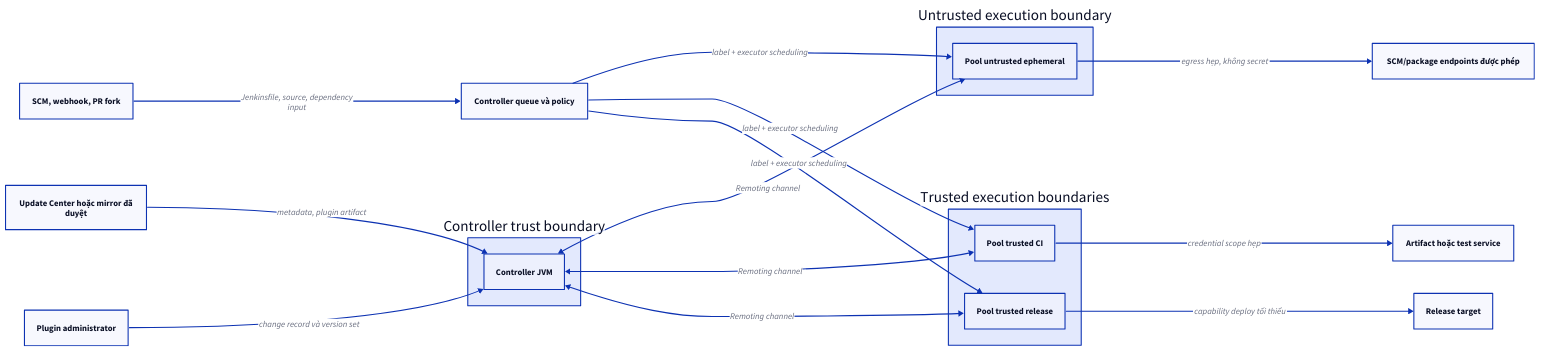
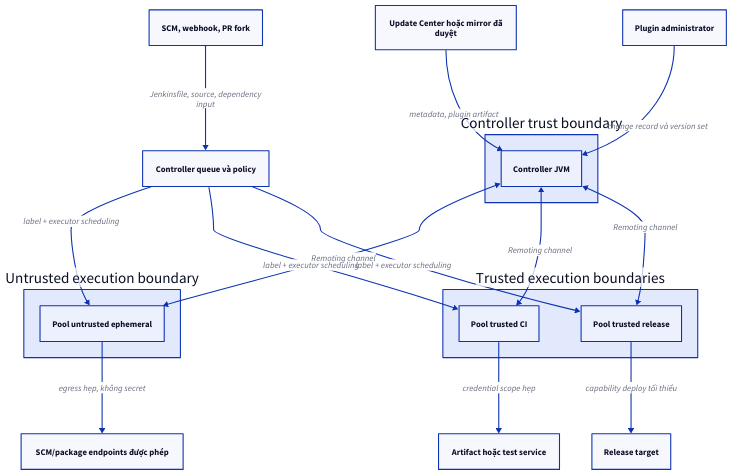
The diagram in content/docs/security/agent-plugin-security.mdx (vanhiep99w/jenkins-learn), drawn with D2 before and after one commit. The commit also changed 62 other files, not shown here.

Commit message:
fix: improve diagram layouts and inline readability

````diff
--- a/content/docs/security/agent-plugin-security.mdx
+++ b/content/docs/security/agent-plugin-security.mdx
@@ -59,33 +59,33 @@
-```d2 interactive title="Sơ đồ controller, agent và supply chain"
-direction: right
+```d2 interactive title="Sơ đồ controller, agent và supply chain" layout=elk
+direction: down
 SCM: "SCM, webhook, PR fork"
 Q: "Controller queue và policy"
 UC: "Update Center hoặc mirror đã\nduyệt"
 ADM: "Plugin administrator"
 X: "SCM/package endpoints được phép"
 A: "Artifact hoặc test service"
 D: "Release target"
 B1: "Controller trust boundary" {
   C: "Controller JVM"
 }
 B2: "Untrusted execution boundary" {
   U: "Pool untrusted ephemeral"
 }
 B3: "Trusted execution boundaries" {
   T: "Pool trusted CI"
   R: "Pool trusted release"
 }
 
 SCM -> Q: "Jenkinsfile, source, dependency\ninput"
 UC -> B1.C: "metadata, plugin artifact"
 ADM -> B1.C: "change record và version set"
 Q -> B2.U: "label + executor scheduling"
 Q -> B3.T: "label + executor scheduling"
 Q -> B3.R: "label + executor scheduling"
 B1.C <-> B2.U: "Remoting channel"
 B1.C <-> B3.T: "Remoting channel"
 B1.C <-> B3.R: "Remoting channel"
 B2.U -> X: "egress hẹp, không secret"
 B3.T -> A: "credential scope hẹp"
 B3.R -> D: "capability deploy tối thiểu"
 ```
````
